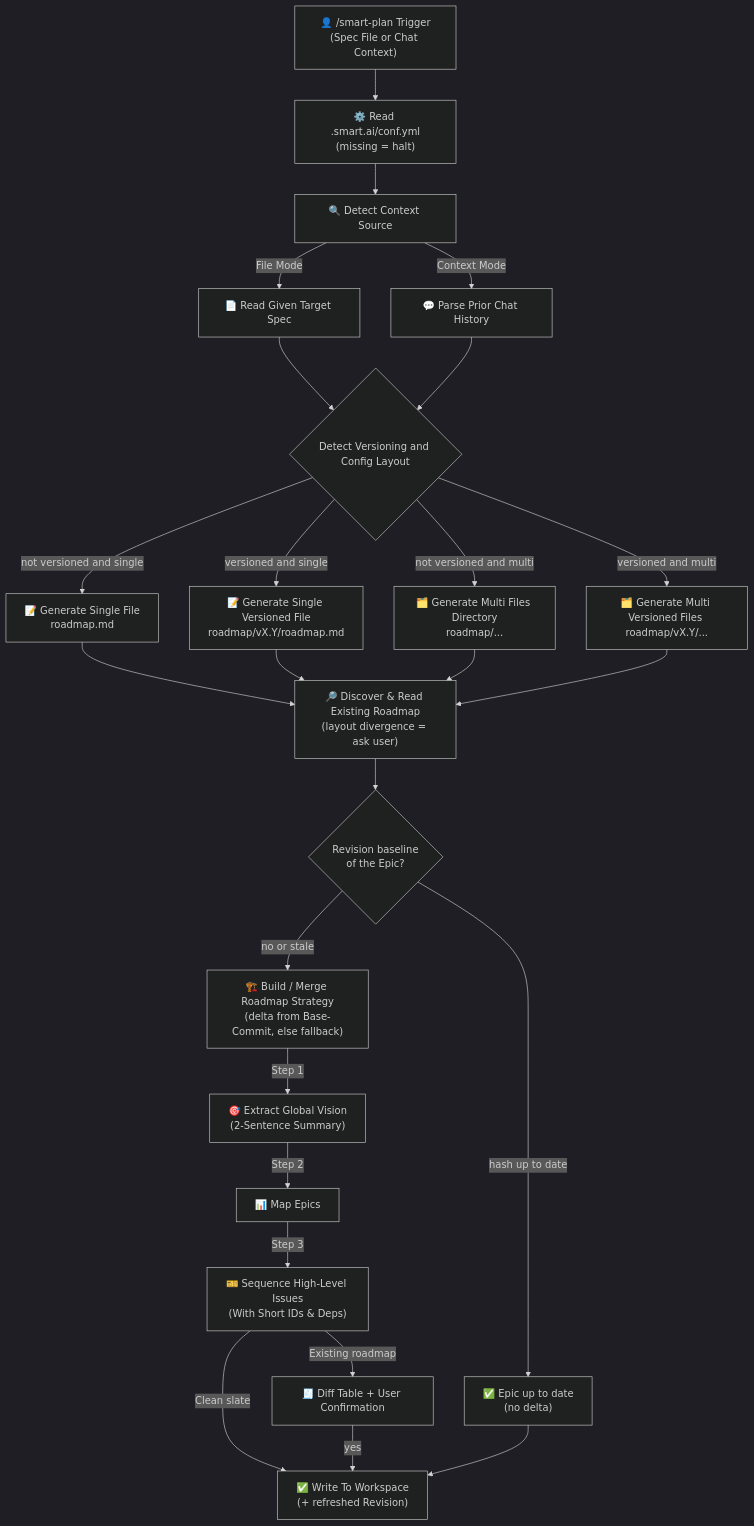
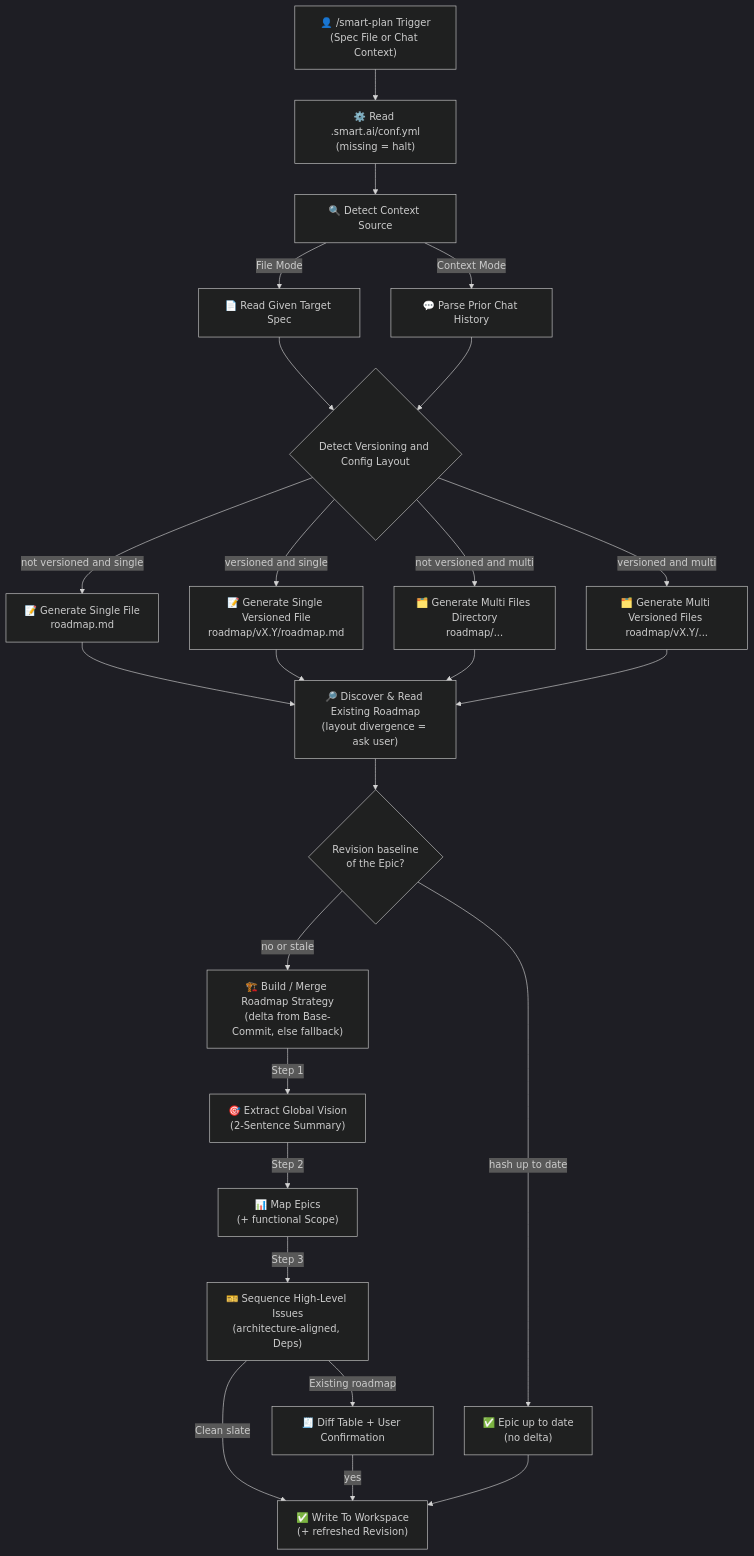
Before and after one commit to fletort/smart-ai-factory: the first of 3 diagrams in docs/specs/smart-plan.md, drawn with Mermaid (dark theme). The commit also changed other lines of this file and 2 other files, not shown here.

````diff
--- a/docs/specs/smart-plan.md
+++ b/docs/specs/smart-plan.md
@@ -39,35 +51,35 @@
   ```mermaid
   graph TD
       Input["👤 /smart-plan Trigger<br/>(Spec File or Chat Context)"] --> Config["⚙️ Read .smart.ai/conf.yml<br/>(missing = halt)"]
       Config --> Source["🔍 Detect Context Source"]
 
       Source -->|File Mode| ReadFile["📄 Read Given Target Spec"]
       Source -->|Context Mode| ReadChat["💬 Parse Prior Chat History"]
 
       ReadFile --> Strategy{"Detect Versioning and Config Layout"}
       ReadChat --> Strategy
 
       Strategy -->|not versioned and single| Single["📝 Generate Single File<br/>roadmap.md"]
       Strategy -->|versioned and single| SingleVer["📝 Generate Single Versioned File<br/>roadmap/vX.Y/roadmap.md"]
       Strategy -->|not versioned and multi| Multi["🗂️ Generate Multi Files Directory<br/>roadmap/..."]
       Strategy -->|versioned and multi| MultiVer["🗂️ Generate Multi Versioned Files <br/>roadmap/vX.Y/..."]
 
       Single --> Discover["🔎 Discover & Read Existing Roadmap<br/>(layout divergence = ask user)"]
       SingleVer --> Discover
       Multi --> Discover
       MultiVer --> Discover
 
       Discover --> Rev{"Revision baseline<br/>of the Epic?"}
 
       Rev -->|no or stale| Process["🏗️ Build / Merge Roadmap Strategy<br/>(delta from Base-Commit, else fallback)"]
       Rev -->|"hash up to date"| UTD["✅ Epic up to date<br/>(no delta)"]
 
       Process -->|Step 1| Vision["🎯 Extract Global Vision<br/>(2-Sentence Summary)"]
-      Vision -->|Step 2| Epics["📊 Map Epics"]
-      Epics -->|Step 3| Issues["🎫 Sequence High-Level Issues<br/>(With Short IDs & Deps)"]
+      Vision -->|Step 2| Epics["📊 Map Epics<br/>(+ functional Scope)"]
+      Epics -->|Step 3| Issues["🎫 Sequence High-Level Issues<br/>(architecture-aligned, Deps)"]
 
       Issues -->|Clean slate| Output["✅ Write To Workspace<br/>(+ refreshed Revision)"]
       Issues -->|Existing roadmap| Confirm["🧾 Diff Table + User Confirmation"]
       Confirm -->|yes| Output
       UTD --> Output
   ```
````
